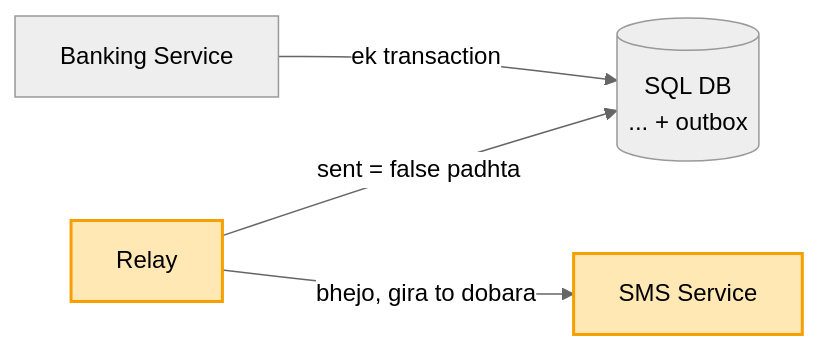
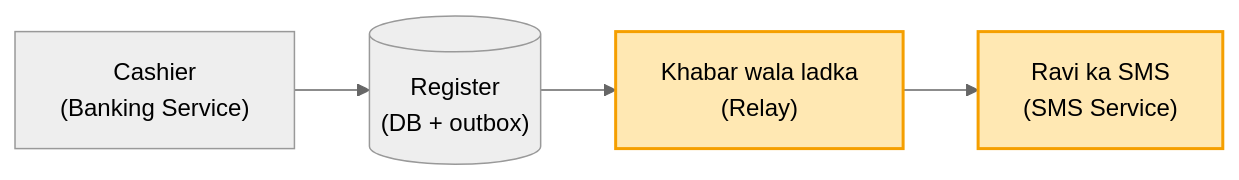
The second of 4 diagrams in 04_HLD/SYSTEM_DESIGNS/13_banking_system/13_banking_system.md (ArpanMaheshwari144/Prep), drawn with Mermaid (neutral theme) before and after one commit. The commit also changed other lines of this file and 13 other files, not shown here.

````diff
--- a/04_HLD/SYSTEM_DESIGNS/13_banking_system/13_banking_system.md
+++ b/04_HLD/SYSTEM_DESIGNS/13_banking_system/13_banking_system.md
@@ -267,8 +96,8 @@
 ```mermaid
 flowchart LR
-    S["Banking Service"] -- "ek transaction" --> D[("SQL DB<br/>... + outbox")]
-    RL["Relay"] -- "sent = false padhta" --> D
-    RL -- "bhejo, gira to dobara" --> SMS["SMS Service"]
-    style RL fill:#ffe8b3,stroke:#f59f00,stroke-width:2px,color:#000
-    style SMS fill:#ffe8b3,stroke:#f59f00,stroke-width:2px,color:#000
+    C["Cashier<br/>(Banking Service)"] --> R[("Register<br/>(DB + outbox)")]
+    R --> L["Khabar wala ladka<br/>(Relay)"]
+    L --> S["Ravi ka SMS<br/>(SMS Service)"]
+    style L fill:#ffe8b3,stroke:#f59f00,stroke-width:2px,color:#000
+    style S fill:#ffe8b3,stroke:#f59f00,stroke-width:2px,color:#000
 ```
````
